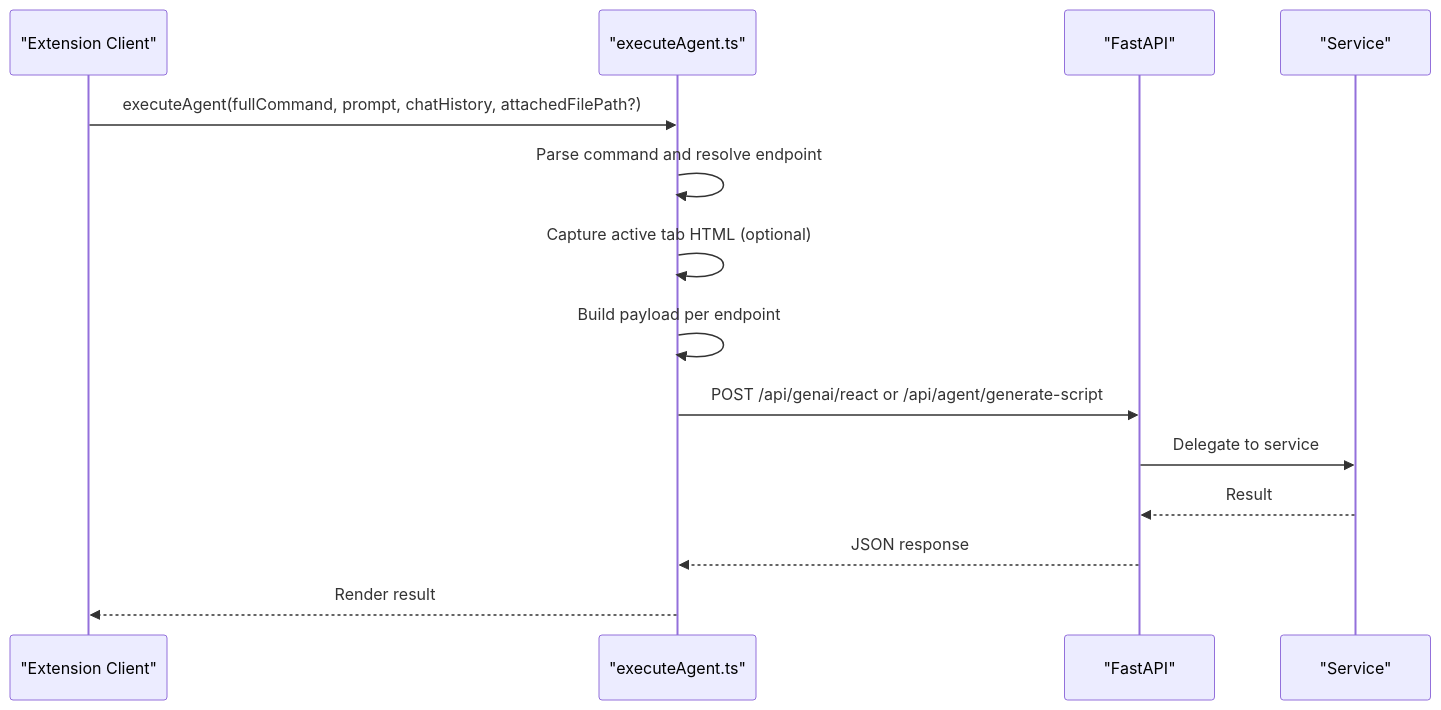
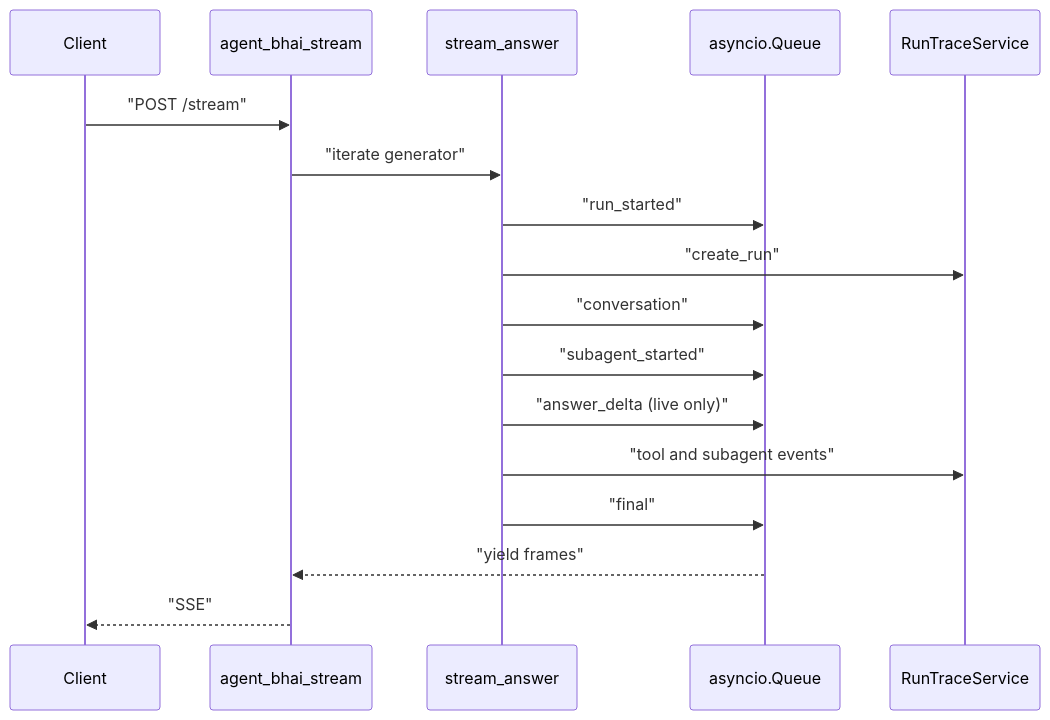
One commit to tashifkhan/tashif.codes changed the fourth of 4 diagrams in src/data/docs/agentic-browser/API Server/Agent System API.md. Above: the diagram before and after it, drawn with Mermaid. The commit also changed other lines of this file and 114 other files, not shown here.

````diff
--- a/src/data/docs/agentic-browser/API Server/Agent System API.md
+++ b/src/data/docs/agentic-browser/API Server/Agent System API.md
@@ -160,16 +141,19 @@
 ```mermaid
 sequenceDiagram
-participant Ext as "Extension Client"
-participant Exec as "executeAgent.ts"
-participant API as "FastAPI"
-participant Svc as "Service"
-Ext->>Exec : executeAgent(fullCommand, prompt, chatHistory, attachedFilePath?)
-Exec->>Exec : Parse command and resolve endpoint
-Exec->>Exec : Capture active tab HTML (optional)
-Exec->>Exec : Build payload per endpoint
-Exec->>API : POST /api/genai/react or /api/agent/generate-script
-API->>Svc : Delegate to service
-Svc-->>API : Result
-API-->>Exec : JSON response
-Exec-->>Ext : Render result
+  participant C as Client
+  participant R as agent_bhai_stream
+  participant S as stream_answer
+  participant Q as asyncio.Queue
+  participant T as RunTraceService
+  C->>R: "POST /stream"
+  R->>S: "iterate generator"
+  S->>Q: "run_started"
+  S->>T: "create_run"
+  S->>Q: "conversation"
+  S->>Q: "subagent_started"
+  S->>Q: "answer_delta (live only)"
+  S->>T: "tool and subagent events"
+  S->>Q: "final"
+  Q-->>R: "yield frames"
+  R-->>C: "SSE"
 ```
````
